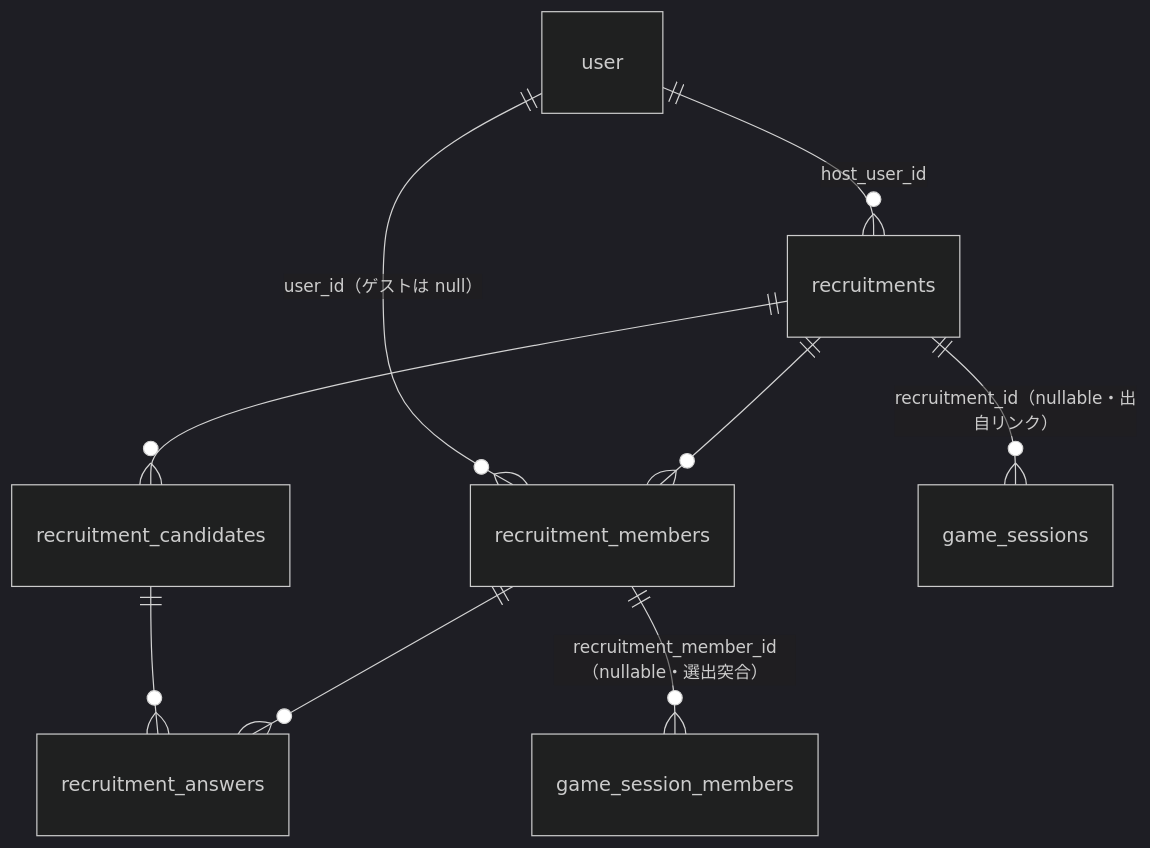
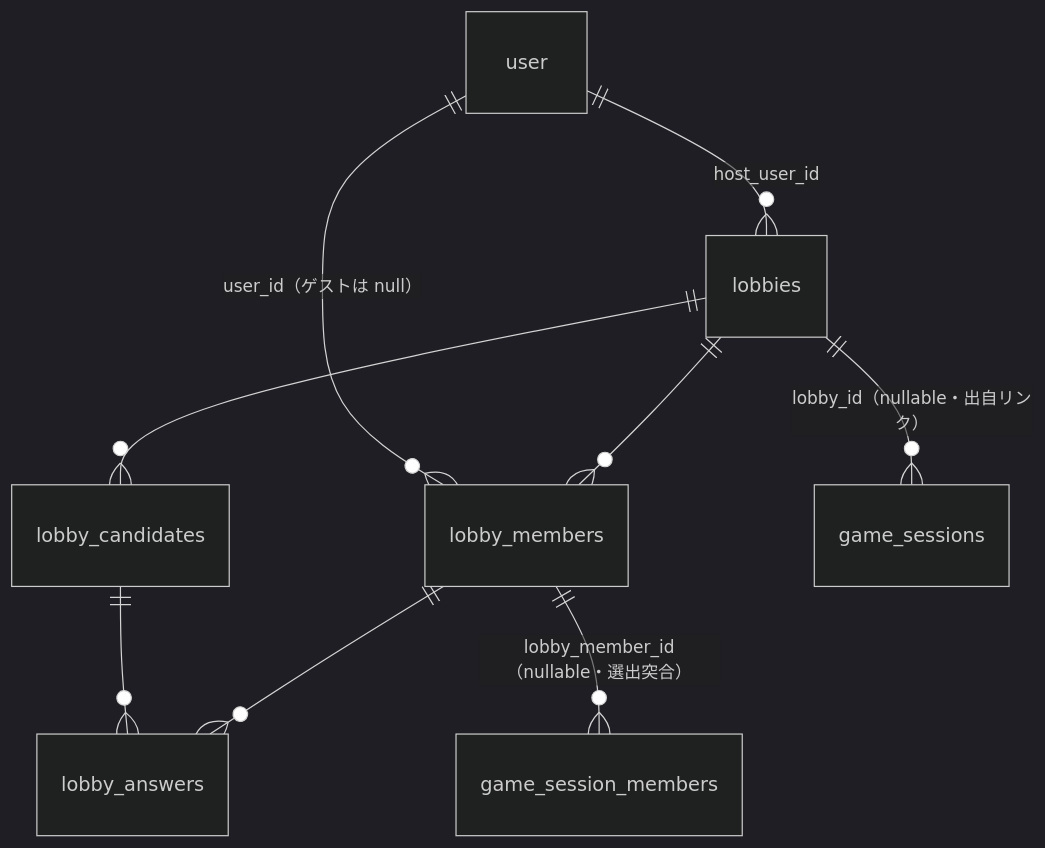
Before and after one commit to dot-ma801/taku-biyori: the second of 4 diagrams in docs/design-v1.1.md, drawn with Mermaid (dark theme). The commit also changed other lines of this file and 1 other file, not shown here.

First line of the commit message:
[update] 募集枠の英語名を lobby に決定し設計・移行計画を改名

````diff
--- a/docs/design-v1.1.md
+++ b/docs/design-v1.1.md
@@ -150,11 +151,11 @@
 ```mermaid
 erDiagram
-    user ||--o{ recruitments : "host_user_id"
-    user ||--o{ recruitment_members : "user_id（ゲストは null）"
-    recruitments ||--o{ recruitment_members : ""
-    recruitments ||--o{ recruitment_candidates : ""
-    recruitment_candidates ||--o{ recruitment_answers : ""
-    recruitment_members ||--o{ recruitment_answers : ""
-    recruitments ||--o{ game_sessions : "recruitment_id（nullable・出自リンク）"
-    recruitment_members ||--o{ game_session_members : "recruitment_member_id（nullable・選出突合）"
+    user ||--o{ lobbies : "host_user_id"
+    user ||--o{ lobby_members : "user_id（ゲストは null）"
+    lobbies ||--o{ lobby_members : ""
+    lobbies ||--o{ lobby_candidates : ""
+    lobby_candidates ||--o{ lobby_answers : ""
+    lobby_members ||--o{ lobby_answers : ""
+    lobbies ||--o{ game_sessions : "lobby_id（nullable・出自リンク）"
+    lobby_members ||--o{ game_session_members : "lobby_member_id（nullable・選出突合）"
 ```
````
